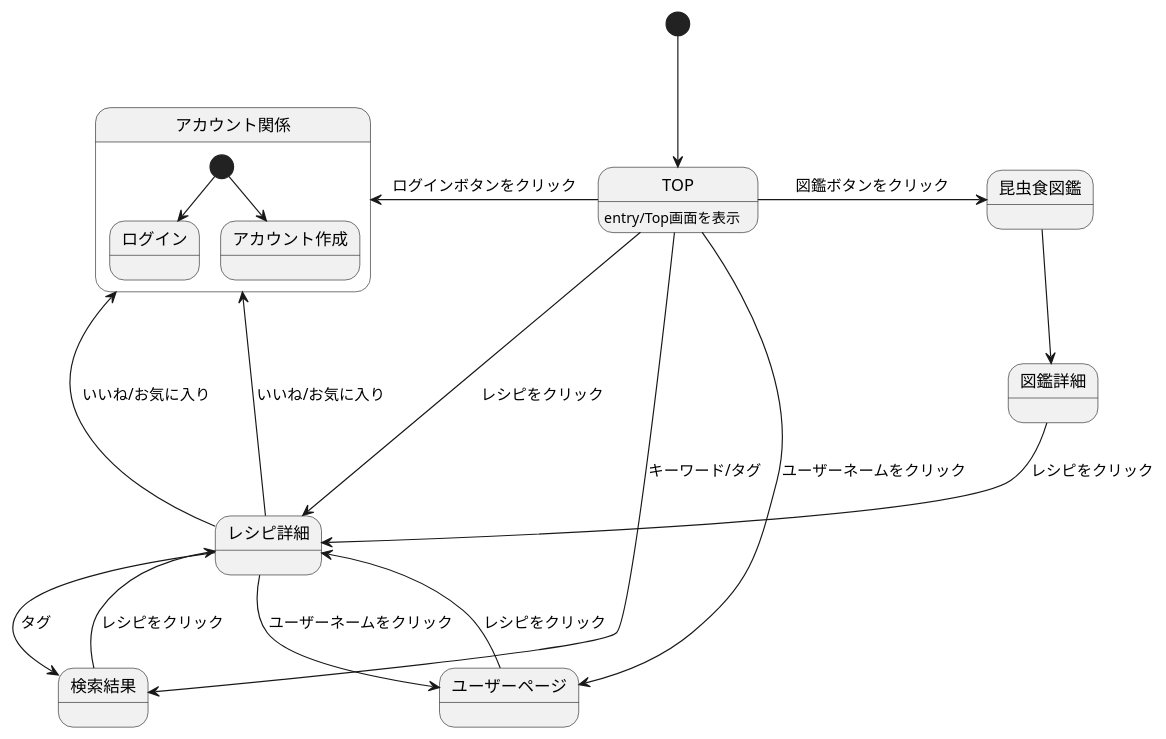
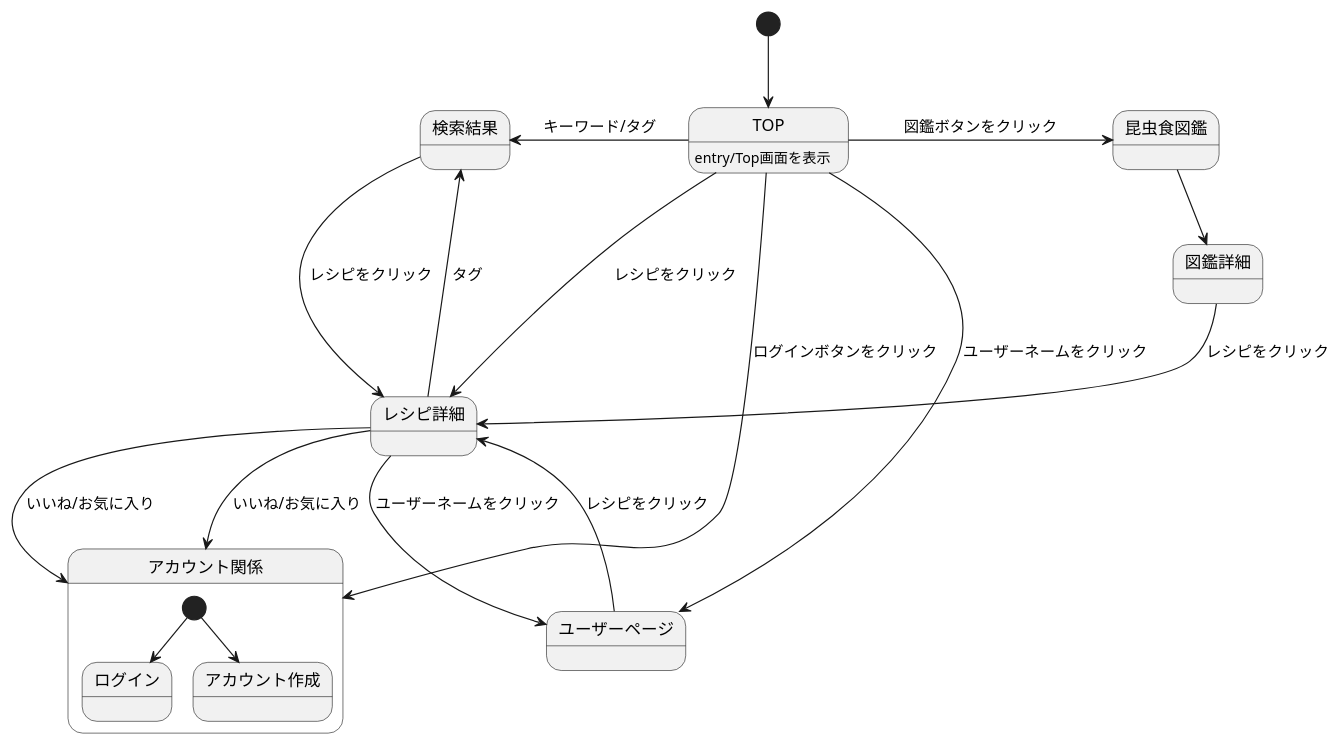
The diagram in ScreenTransitionDiagram.md (ASO2001040/bugbug-design), drawn with PlantUML before and after one commit.

````diff
--- a/ScreenTransitionDiagram.md
+++ b/ScreenTransitionDiagram.md
@@ -1,25 +1,25 @@
 ```uml
 @startuml
 [*]-->TOP
 
 TOP : entry/Top画面を表示
 TOP-left->アカウント関係: ログインボタンをクリック
 TOP->昆虫食図鑑: 図鑑ボタンをクリック
 TOP->ユーザーページ: ユーザーネームをクリック
 TOP->レシピ詳細: レシピをクリック
-TOP->検索結果: キーワード/タグ
+TOP-left->検索結果: キーワード/タグ
 ユーザーページ-->レシピ詳細: レシピをクリック
 レシピ詳細-->ユーザーページ: ユーザーネームをクリック
 レシピ詳細-->検索結果: タグ
 レシピ詳細-->アカウント関係: いいね/お気に入り
 レシピ詳細->アカウント関係: いいね/お気に入り
 検索結果-->レシピ詳細: レシピをクリック
 昆虫食図鑑-->図鑑詳細
 図鑑詳細-->レシピ詳細: レシピをクリック
 
 state アカウント関係 {
  [*] --> ログイン
  [*] --> アカウント作成
  }
 @enduml
 ```
````
